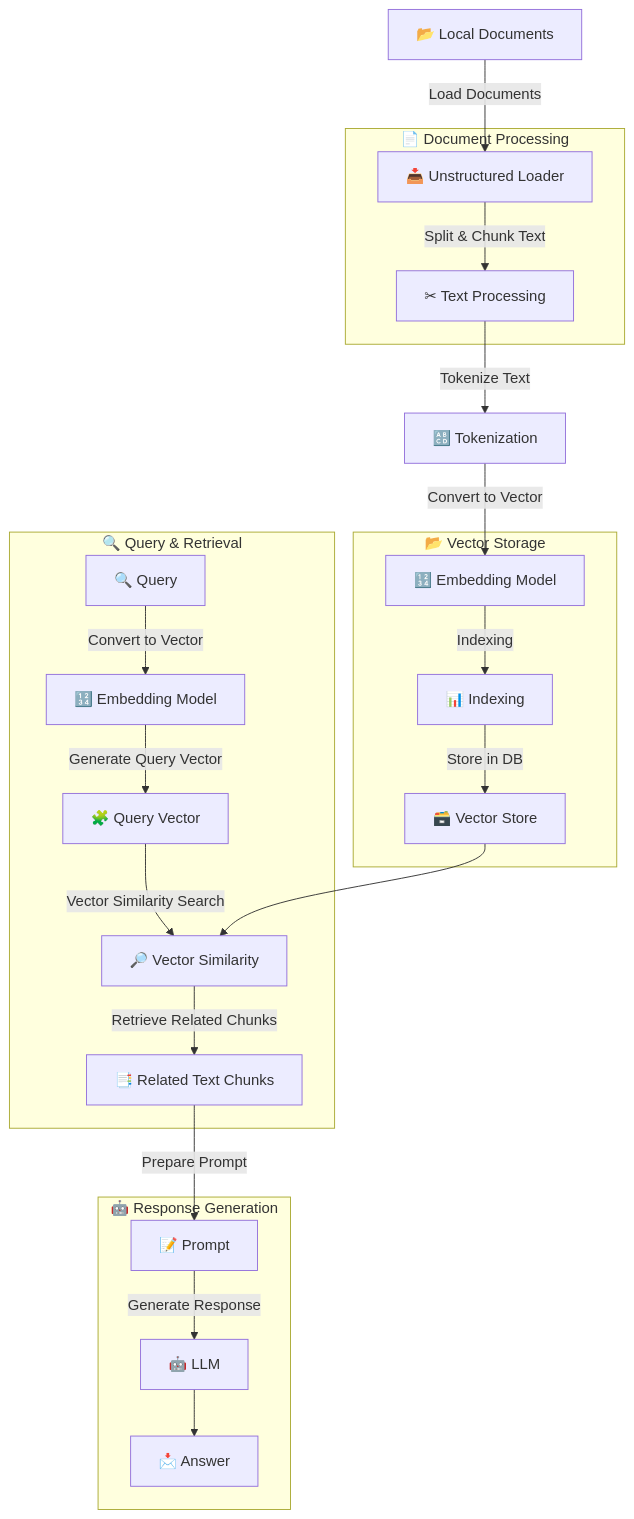
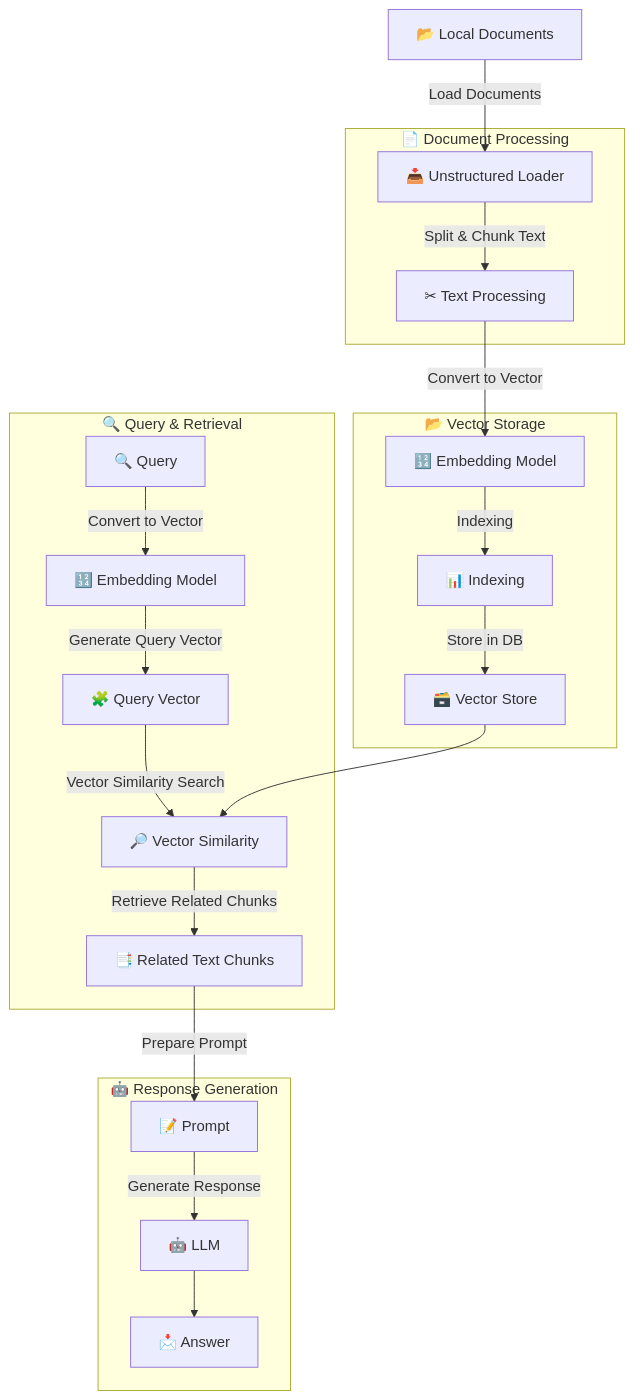
Before and after one commit to Danielyan86/nlp-workshop: the diagram in RAG.md, drawn with Mermaid.

Commit message:
Refactor flowchart in RAG.md to remove the tokenization step and streamline the document processing pipeline. This change enhances clarity in the conversion to vector representation.

````diff
--- a/RAG.md
+++ b/RAG.md
@@ -46,47 +46,46 @@
 ```mermaid
 flowchart TD
     %% Document Processing
     subgraph subGraph0["📄 Document Processing"]
         B["📥 Unstructured Loader"]
         C["✂ Text Processing"]
     end
 
     %% Vector Storage
     subgraph subGraph1["📂 Vector Storage"]
         E["🔢 Embedding Model"]
         F["📊 Indexing"]
         G["🗃️ Vector Store"]
     end
 
     %% Query & Retrieval
     subgraph subGraph2["🔍 Query & Retrieval"]
         H["🔍 Query"]
         I["🔢 Embedding Model"]
         J["🧩 Query Vector"]
         K["🔎 Vector Similarity"]
         L["📑 Related Text Chunks"]
     end
 
     %% Response Generation
     subgraph subGraph3["🤖 Response Generation"]
         M["📝 Prompt"]
         N["🤖 LLM"]
         O["📩 Answer"]
     end
 
     %% Flow connections
     A["📂 Local Documents"] -->|Load Documents| B
     B -->|Split & Chunk Text| C
-    C -->|Tokenize Text| D["🔠 Tokenization"]
-    D -->|Convert to Vector| E
+    C -->|Convert to Vector| E
     E -->|Indexing| F
     F -->|Store in DB| G
     H -->|Convert to Vector| I
     I -->|Generate Query Vector| J
     J -->|Vector Similarity Search| K
     K -->|Retrieve Related Chunks| L
     L -->|Prepare Prompt| M
     M -->|Generate Response| N
     N --> O
     G --> K
 ```
````
